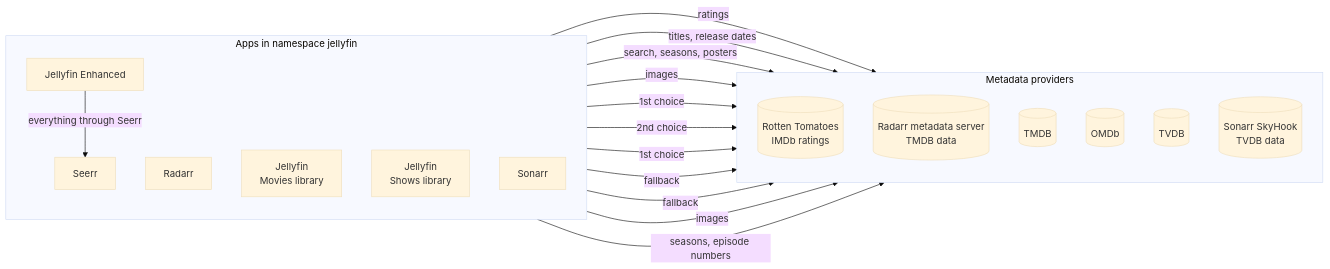
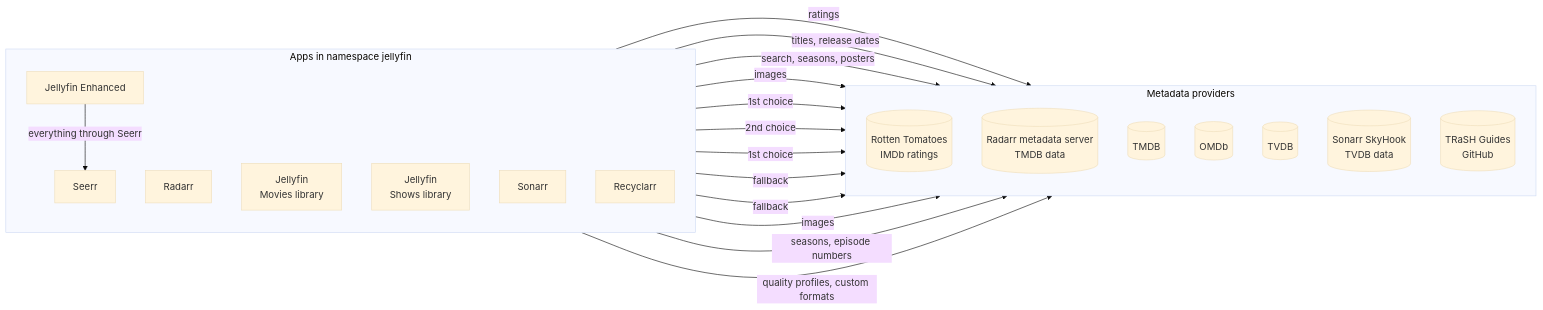
Before and after one commit to Yornik/sharkshere-gitops: the third of 3 diagrams in docs/tech/README.md, drawn with Mermaid (base theme). The commit also changed other lines of this file and 2 other files, not shown here.

First line of the commit message:
Recyclarr: add Remux 2160p profiles and bad-release filtering

````diff
--- a/docs/tech/README.md
+++ b/docs/tech/README.md
@@ -126,35 +137,38 @@
 ```mermaid
 flowchart LR
   subgraph Apps["Apps in namespace jellyfin"]
     direction TB
     JE["Jellyfin Enhanced"]
     Seerr["Seerr"]
     Radarr["Radarr"]
     JFM["Jellyfin<br/>Movies library"]
     JFS["Jellyfin<br/>Shows library"]
     Sonarr["Sonarr"]
+    Recyclarr["Recyclarr"]
   end
 
   subgraph Ext["Metadata providers"]
     direction TB
     Ratings[("Rotten Tomatoes<br/>IMDb ratings")]
     RadarrMeta[("Radarr metadata server<br/>TMDB data")]
     TMDB[("TMDB")]
     OMDb[("OMDb")]
     TVDB[("TVDB")]
     SkyHook[("Sonarr SkyHook<br/>TVDB data")]
+    Trash[("TRaSH Guides<br/>GitHub")]
   end
 
   JE -->|"everything through Seerr"| Seerr
   Seerr -->|ratings| Ratings
   Radarr -->|"titles, release dates"| RadarrMeta
   Seerr -->|"search, seasons, posters"| TMDB
   Radarr -->|images| TMDB
   JFM -->|"1st choice"| TMDB
   JFM -->|"2nd choice"| OMDb
   JFS -->|"1st choice"| TVDB
   JFS -->|"fallback"| TMDB
   JFS -->|"fallback"| OMDb
   Sonarr -->|images| TVDB
   Sonarr -->|"seasons, episode numbers"| SkyHook
+  Recyclarr -->|"quality profiles, custom formats"| Trash
 ```
````
